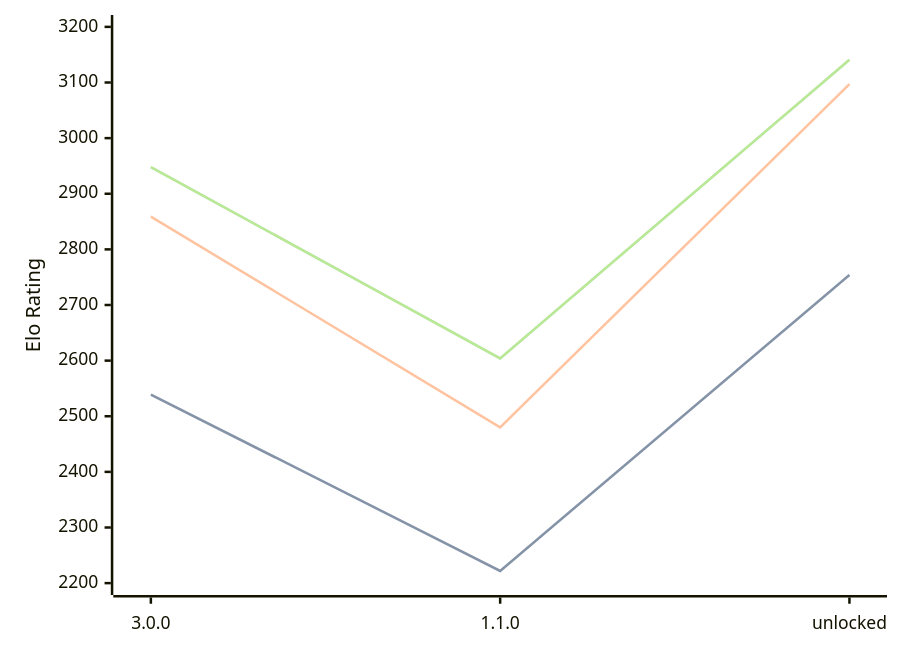
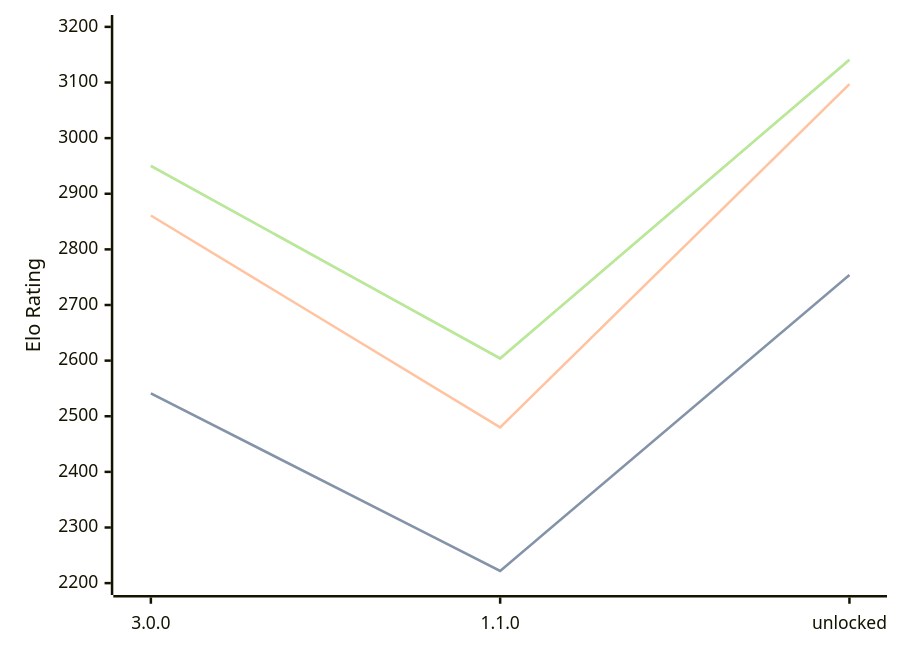
Before and after one commit to computer-chess-index/cci: the diagram in engines/Potential.md, drawn with Mermaid. The commit also changed other lines of this file, not shown here.

Commit message:
Update CCI Ratings (ELO VLTC) - 2026-09-18

````diff
--- a/engines/Potential.md
+++ b/engines/Potential.md
@@ -33,11 +33,11 @@
 ```mermaid
 %%{init: {"theme":"base","themeVariables":{"seriesColors:['#a3a3a3','#222221','#faa371']}}}%%
 xychart-beta
   x-axis ["3.0.0", "1.1.0", "unlocked"]
   y-axis "Elo Rating" 2200 --> 3200
-  line "" [2539, 2222, 2754]
-  line "STC (8.0+0.08s)" [2539, 2222, 2754]
-  line "LTC (60.0+0.60s)" [2859, 2480, 3097]
-  line "" [2948, 2604, 3141]
-  line "VLTC (2m24s+1.12s)" [2948, 2604, 3141]
+  line "" [2541, 2222, 2754]
+  line "STC (8.0+0.08s)" [2541, 2222, 2754]
+  line "LTC (60.0+0.60s)" [2861, 2480, 3097]
+  line "" [2950, 2604, 3141]
+  line "VLTC (2m24s+1.12s)" [2950, 2604, 3141]
 ```
````
